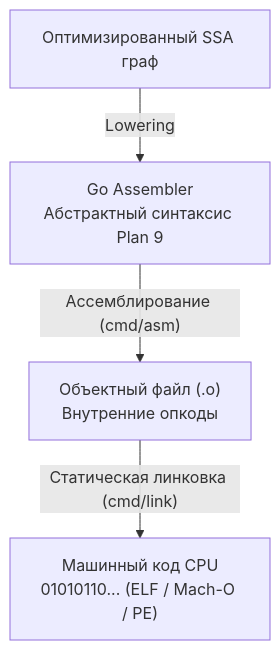
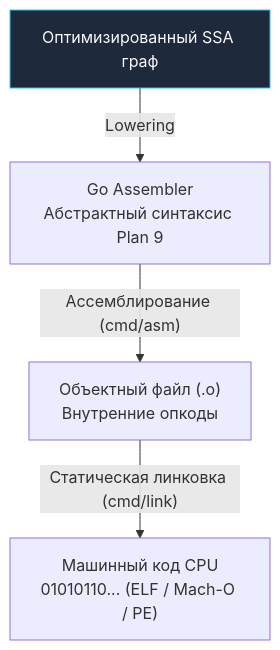
One commit to UnrealTemplier/go-textbook changed the diagram in sources/7. Глубокий Go (Внутреннее устройство)/5. Go assembler и внутренний ассемблерный синтаксис.md. Above: the diagram before and after it, drawn with Mermaid. The commit also changed 1666 other files, not shown here.

First line of the commit message:
feat(mermaid): add semantic color classDef to 1369 colorless flowchart/graph diagrams

````diff
--- a/sources/7. Глубокий Go (Внутреннее устройство)/5. Go assembler и внутренний ассемблерный синтаксис.md
+++ b/sources/7. Глубокий Go (Внутреннее устройство)/5. Go assembler и внутренний ассемблерный синтаксис.md
@@ -13,6 +13,16 @@
 ```mermaid
 flowchart TD
-    SSA["Оптимизированный SSA граф"] -->|"Lowering"| GOASM["Go Assembler<br>Абстрактный синтаксис Plan 9"]
+    classDef process  fill:#1e293b,stroke:#38bdf8,stroke-width:1px,color:#f8fafc
+    classDef success  fill:#064e3b,stroke:#34d399,stroke-width:1px,color:#f8fafc
+    classDef error    fill:#7f1d1d,stroke:#f87171,stroke-width:1px,color:#f8fafc
+    classDef warning  fill:#78350f,stroke:#fbbf24,stroke-width:1px,color:#f8fafc
+    classDef entry    fill:#1e3a5f,stroke:#38bdf8,stroke-width:2px,color:#f8fafc
+    classDef aux      fill:#334155,stroke:#64748b,stroke-width:1px,color:#f8fafc
+    classDef system   fill:#312e81,stroke:#a78bfa,stroke-width:1px,color:#f8fafc
+    classDef data     fill:#132d29,stroke:#2dd4bf,stroke-width:1px,color:#f8fafc
+    classDef network  fill:#881337,stroke:#fb7185,stroke-width:1px,color:#f8fafc
+    classDef accent   fill:#1e1b4b,stroke:#818cf8,stroke-width:1px,color:#f8fafc
+    SSA["Оптимизированный SSA граф"]:::process -->|"Lowering"| GOASM["Go Assembler<br>Абстрактный синтаксис Plan 9"]
     GOASM -->|"Ассемблирование (cmd/asm)"| OBJ["Объектный файл (.o)<br>Внутренние опкоды"]
     OBJ -->|"Статическая линковка (cmd/link)"| MACHINE["Машинный код CPU<br>01010110... (ELF / Mach-O / PE)"]
 ```
````
